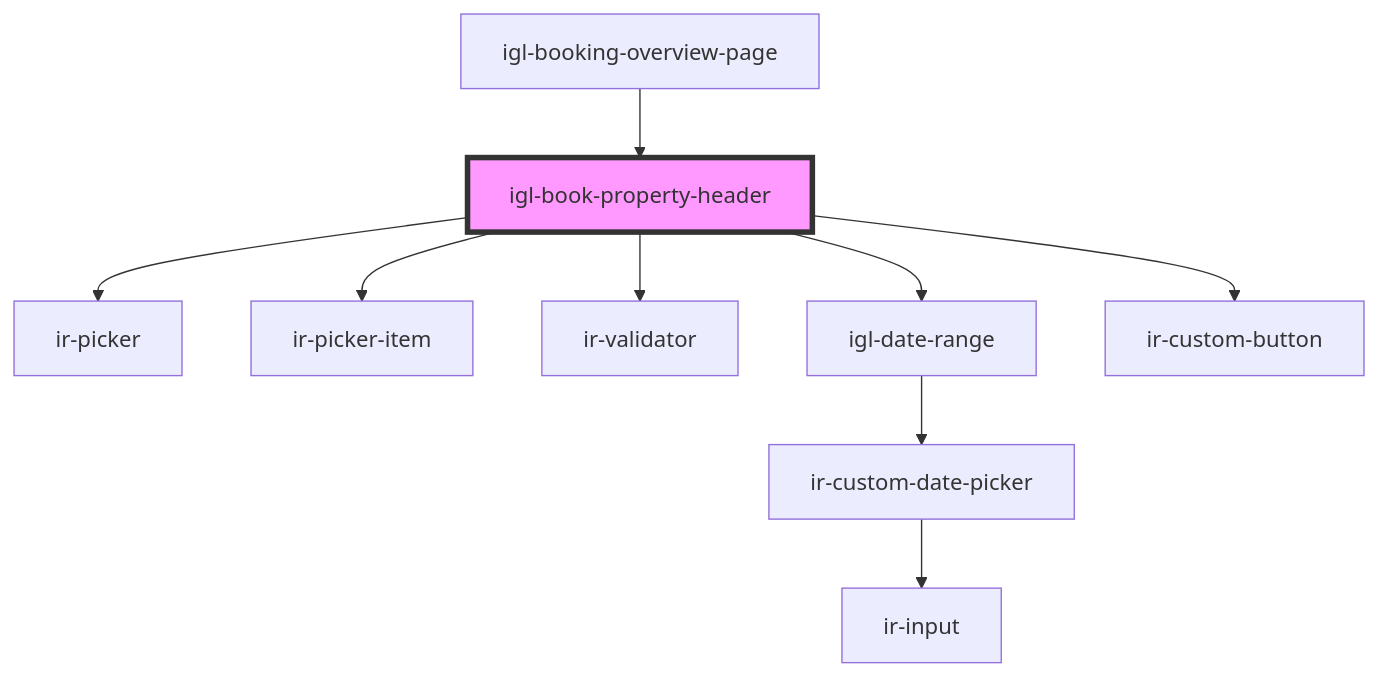
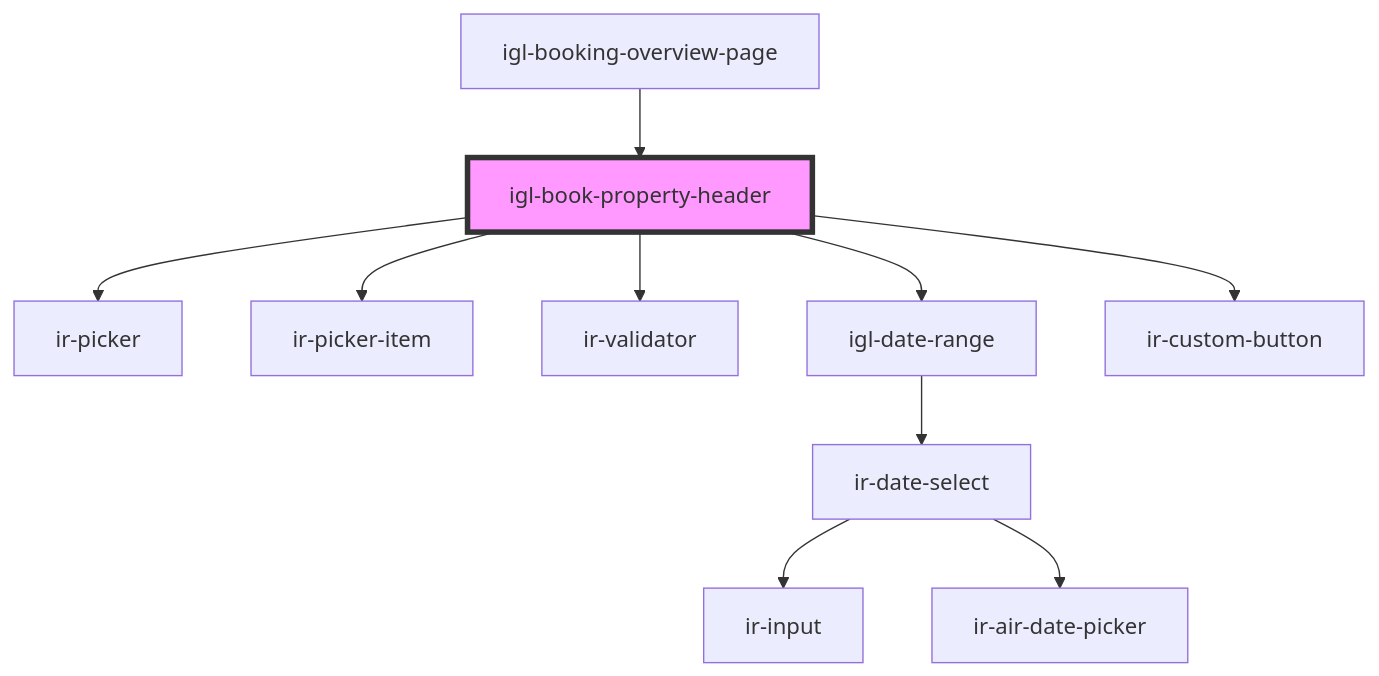
The diagram in src/components/igloo-calendar/igl-book-property/igl-book-property-header/readme.md (RonyRizk/ir-webcmp), drawn with Mermaid before and after one commit. The commit also changed other lines of this file and 235 other files, not shown here.

````diff
--- a/src/components/igloo-calendar/igl-book-property/igl-book-property-header/readme.md
+++ b/src/components/igloo-calendar/igl-book-property/igl-book-property-header/readme.md
@@ -54,12 +52,13 @@
 ```mermaid
 graph TD;
   igl-book-property-header --> ir-picker
   igl-book-property-header --> ir-picker-item
   igl-book-property-header --> ir-validator
   igl-book-property-header --> igl-date-range
   igl-book-property-header --> ir-custom-button
-  igl-date-range --> ir-custom-date-picker
-  ir-custom-date-picker --> ir-input
+  igl-date-range --> ir-date-select
+  ir-date-select --> ir-input
+  ir-date-select --> ir-air-date-picker
   igl-booking-overview-page --> igl-book-property-header
   style igl-book-property-header fill:#f9f,stroke:#333,stroke-width:4px
 ```
````
